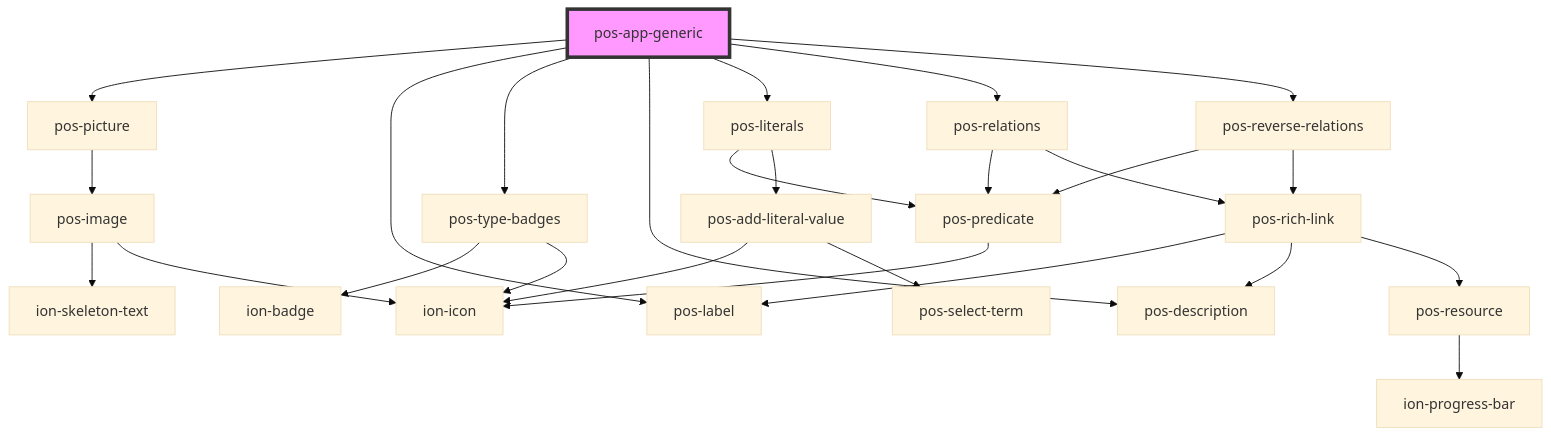
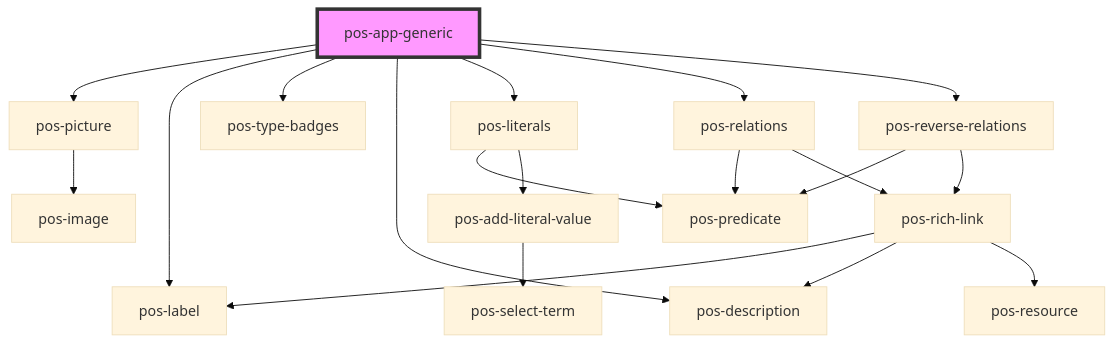
Before and after one commit to pod-os/PodOS: the diagram in docs/elements/apps/pos-app-generic/readme.md, drawn with Mermaid (base theme). The commit also changed 31 other files, not shown here.

````diff
--- a/docs/elements/apps/pos-app-generic/readme.md
+++ b/docs/elements/apps/pos-app-generic/readme.md
@@ -21,29 +21,22 @@
 ```mermaid
 graph TD;
   pos-app-generic --> pos-picture
   pos-app-generic --> pos-label
   pos-app-generic --> pos-type-badges
   pos-app-generic --> pos-description
   pos-app-generic --> pos-literals
   pos-app-generic --> pos-relations
   pos-app-generic --> pos-reverse-relations
   pos-picture --> pos-image
-  pos-image --> ion-skeleton-text
-  pos-image --> ion-icon
-  pos-type-badges --> ion-badge
-  pos-type-badges --> ion-icon
   pos-literals --> pos-predicate
   pos-literals --> pos-add-literal-value
-  pos-predicate --> ion-icon
-  pos-add-literal-value --> ion-icon
   pos-add-literal-value --> pos-select-term
   pos-relations --> pos-predicate
   pos-relations --> pos-rich-link
   pos-rich-link --> pos-label
   pos-rich-link --> pos-description
   pos-rich-link --> pos-resource
-  pos-resource --> ion-progress-bar
   pos-reverse-relations --> pos-predicate
   pos-reverse-relations --> pos-rich-link
   style pos-app-generic fill:#f9f,stroke:#333,stroke-width:4px
 ```
````
